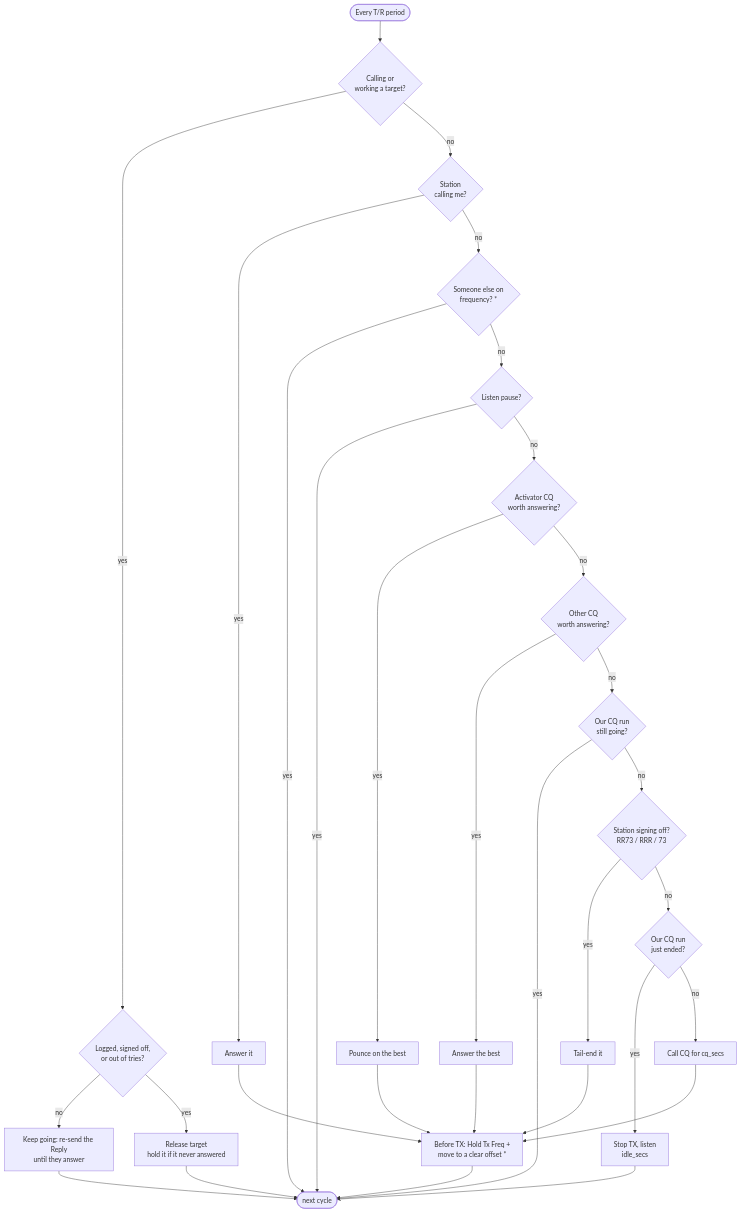
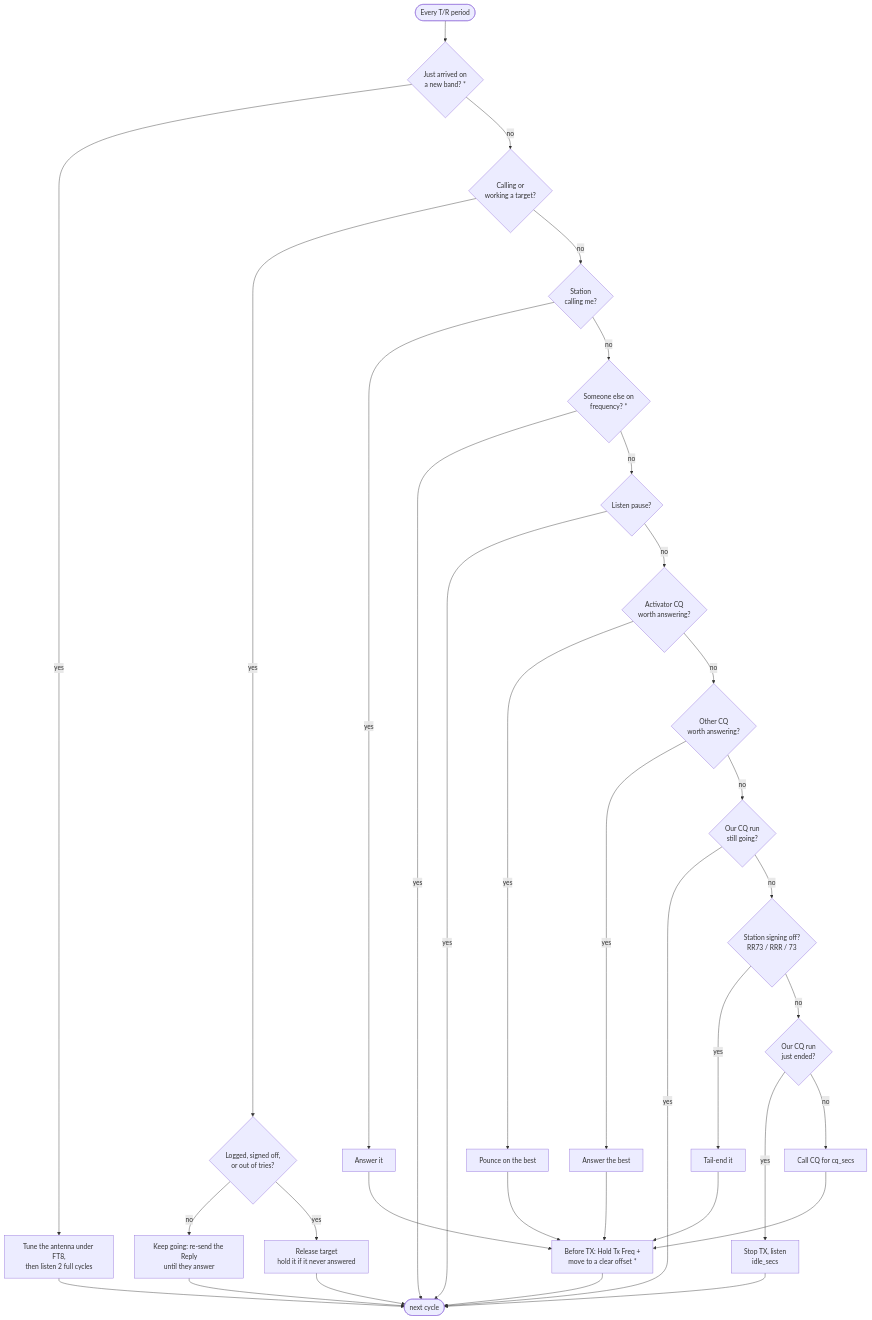
The diagram in README.md (TheBengineer/FT8-Hunter), drawn with Mermaid before and after one commit. The commit also changed other lines of this file and 3 other files, not shown here.

First line of the commit message:
New band: tune the antenna under FT8, then listen two full cycles before transmitting

````diff
--- a/README.md
+++ b/README.md
@@ -32,25 +32,27 @@
 ```mermaid
 flowchart TD
-    tick([Every T/R period]) --> tgt{Calling or<br/>working a target?}
+    tick([Every T/R period]) --> nb{Just arrived on<br/>a new band? *}
+    nb -- yes --> tl[Tune the antenna under FT8,<br/>then listen 2 full cycles] --> wait
+    nb -- no --> tgt{Calling or<br/>working a target?}
     tgt -- yes --> fin{Logged, signed off,<br/>or out of tries?}
     fin -- no --> keep[Keep going: re-send the Reply<br/>until they answer] --> wait([next cycle])
     fin -- yes --> rel[Release target<br/>hold it if it never answered] --> wait
     tgt -- no --> caller{Station<br/>calling me?}
     caller -- yes --> ans[Answer it]
     caller -- no --> qrm{Someone else on<br/>frequency? *}
     qrm -- yes --> wait
     qrm -- no --> rest{Listen pause?}
     rest -- yes --> wait
     rest -- no --> act{Activator CQ<br/>worth answering?}
     act -- yes --> pounce[Pounce on the best]
     act -- no --> cq{Other CQ<br/>worth answering?}
     cq -- yes --> reply[Answer the best]
     cq -- no --> mine{Our CQ run<br/>still going?}
     mine -- yes --> wait
     mine -- no --> tail{Station signing off?<br/>RR73 / RRR / 73}
     tail -- yes --> tailend[Tail-end it]
     tail -- no --> over{Our CQ run<br/>just ended?}
     over -- yes --> listen[Stop TX, listen<br/>idle_secs] --> wait
     over -- no --> callcq[Call CQ for cq_secs]
     ans & pounce & reply & tailend & callcq --> tune[Before TX: Hold Tx Freq +<br/>move to a clear offset *] --> wait
 ```
````
